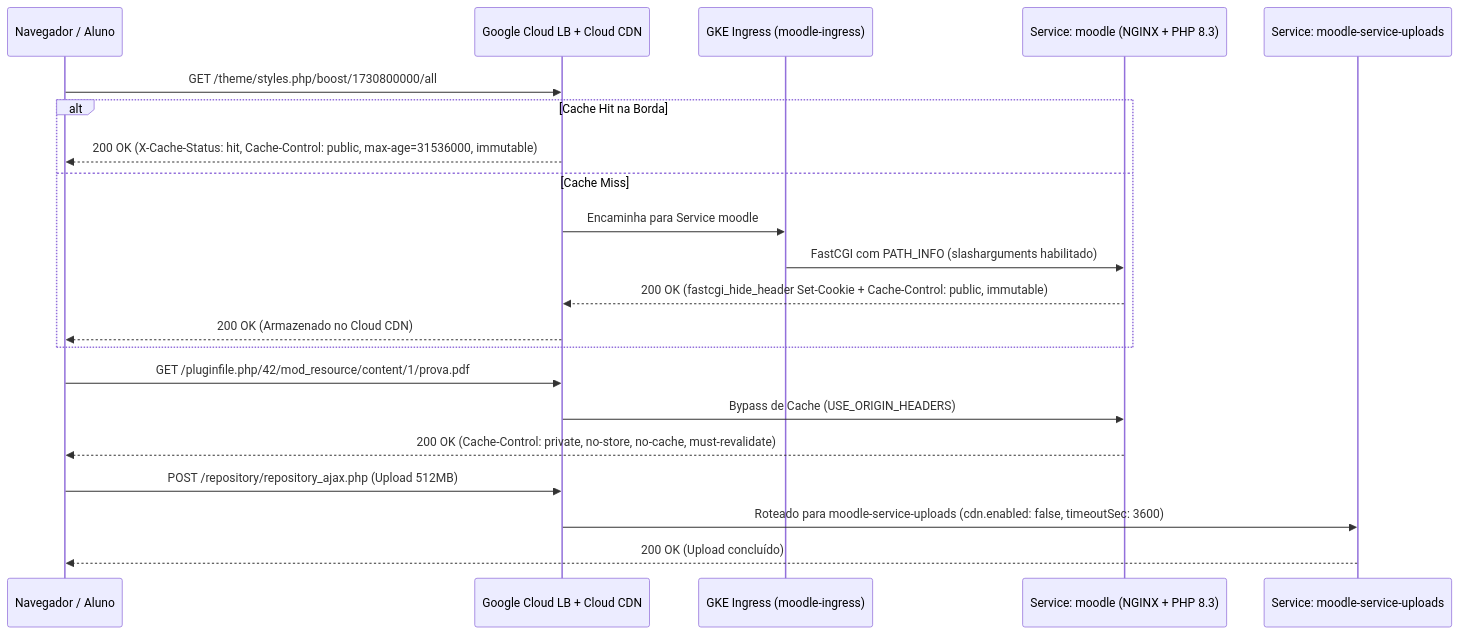
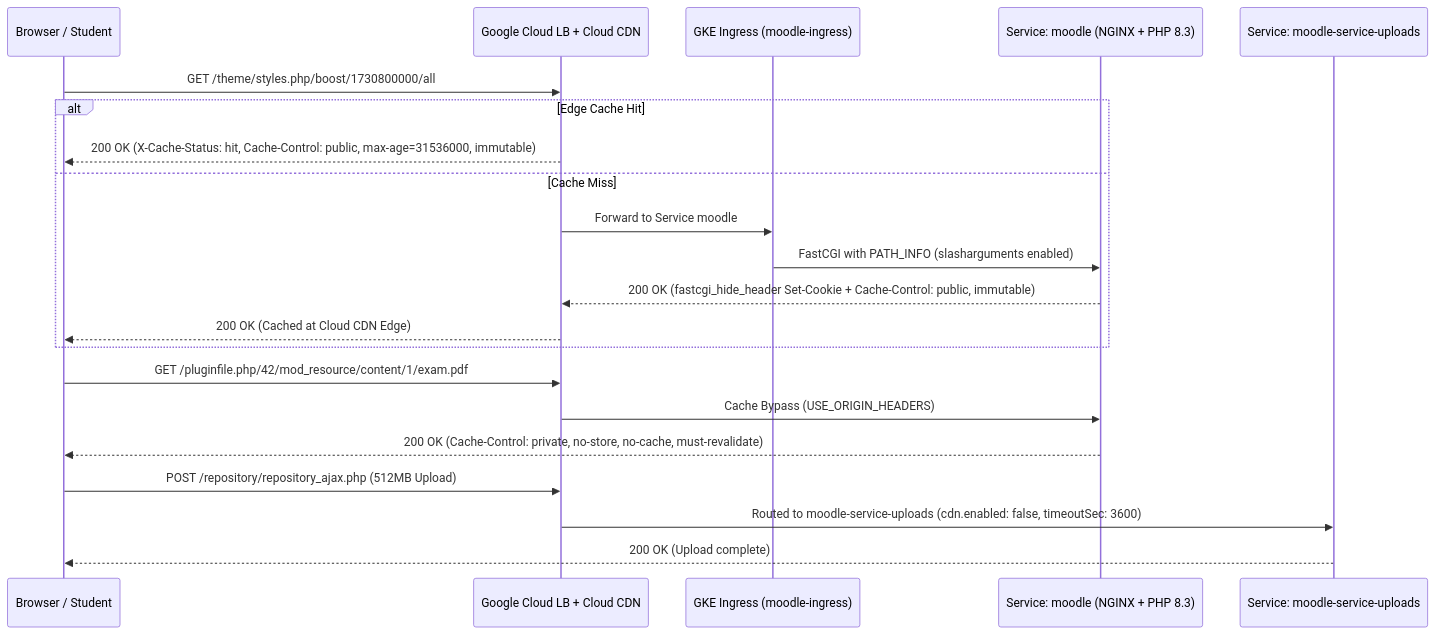
Before and after one commit to google/moodle-on-gcp: the diagram in openwiki/operations/cloud-cdn-and-ingress.md, drawn with Mermaid. The commit also changed other lines of this file and 42 other files, not shown here.

````diff
--- a/openwiki/operations/cloud-cdn-and-ingress.md
+++ b/openwiki/operations/cloud-cdn-and-ingress.md
@@ -29,26 +29,26 @@
 ```mermaid
 sequenceDiagram
-    participant User as Navegador / Aluno
+    participant User as Browser / Student
     participant CDN as Google Cloud LB + Cloud CDN
     participant Ing as GKE Ingress (moodle-ingress)
     participant Web as Service: moodle (NGINX + PHP 8.3)
     participant Upl as Service: moodle-service-uploads
 
     User->>CDN: GET /theme/styles.php/boost/1730800000/all
-    alt Cache Hit na Borda
+    alt Edge Cache Hit
         CDN-->>User: 200 OK (X-Cache-Status: hit, Cache-Control: public, max-age=31536000, immutable)
     else Cache Miss
-        CDN->>Ing: Encaminha para Service moodle
-        Ing->>Web: FastCGI com PATH_INFO (slasharguments habilitado)
+        CDN->>Ing: Forward to Service moodle
+        Ing->>Web: FastCGI with PATH_INFO (slasharguments enabled)
         Web-->>CDN: 200 OK (fastcgi_hide_header Set-Cookie + Cache-Control: public, immutable)
-        CDN-->>User: 200 OK (Armazenado no Cloud CDN)
+        CDN-->>User: 200 OK (Cached at Cloud CDN Edge)
     end
 
-    User->>CDN: GET /pluginfile.php/42/mod_resource/content/1/prova.pdf
-    CDN->>Web: Bypass de Cache (USE_ORIGIN_HEADERS)
+    User->>CDN: GET /pluginfile.php/42/mod_resource/content/1/exam.pdf
+    CDN->>Web: Cache Bypass (USE_ORIGIN_HEADERS)
     Web-->>User: 200 OK (Cache-Control: private, no-store, no-cache, must-revalidate)
 
-    User->>CDN: POST /repository/repository_ajax.php (Upload 512MB)
-    CDN->>Upl: Roteado para moodle-service-uploads (cdn.enabled: false, timeoutSec: 3600)
-    Upl-->>User: 200 OK (Upload concluído)
+    User->>CDN: POST /repository/repository_ajax.php (512MB Upload)
+    CDN->>Upl: Routed to moodle-service-uploads (cdn.enabled: false, timeoutSec: 3600)
+    Upl-->>User: 200 OK (Upload complete)
 ```
````
